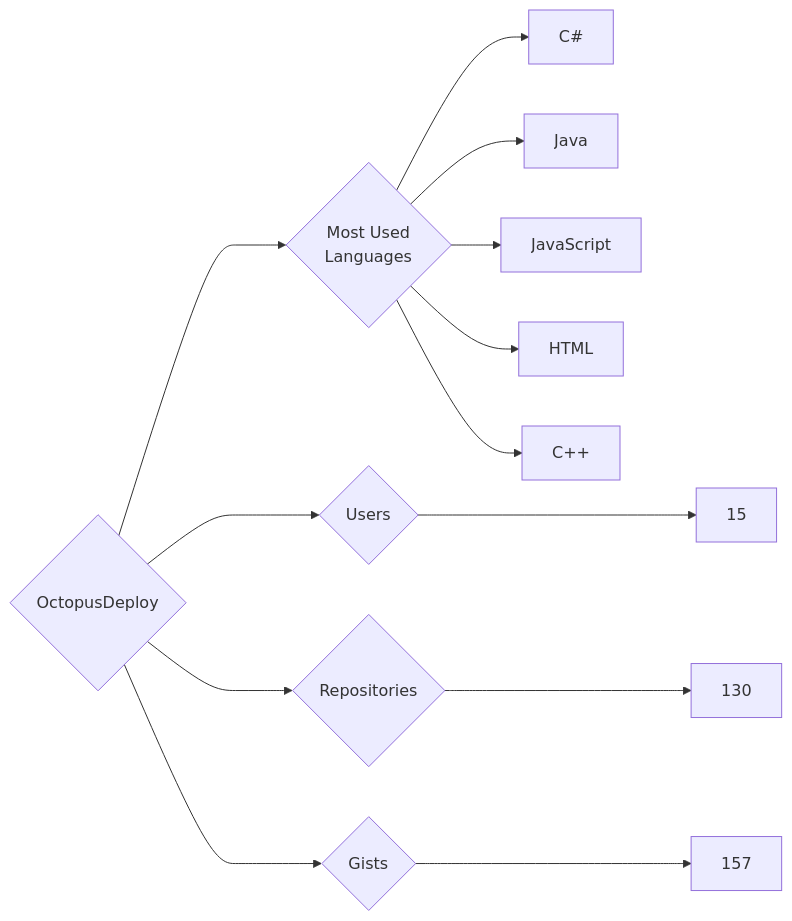
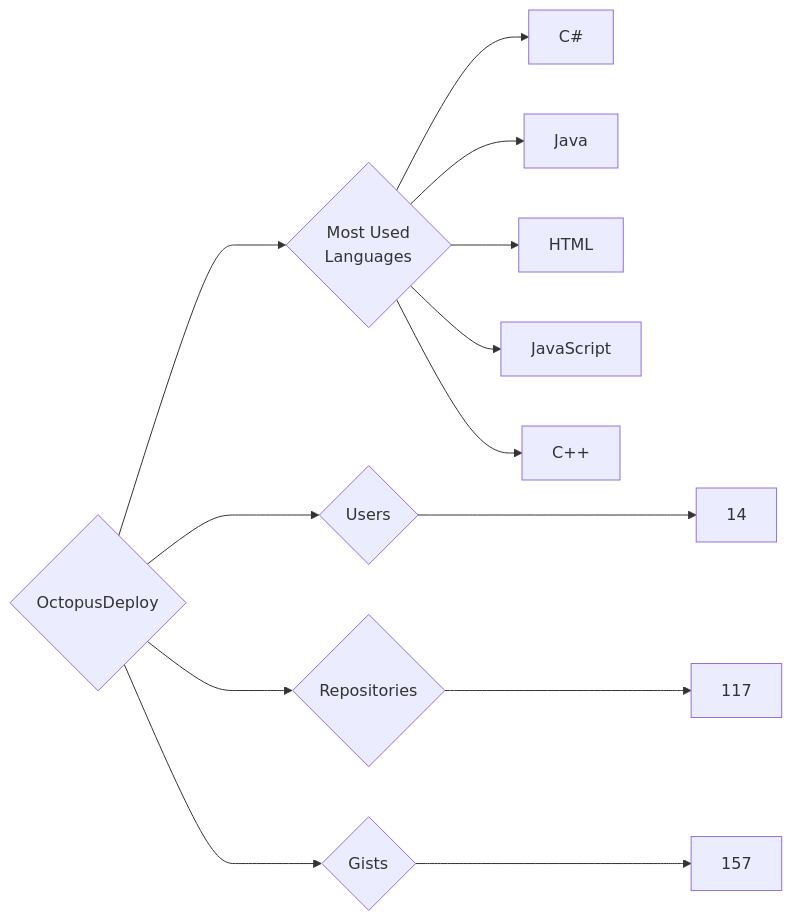
The diagram in targets/OctopusDeploy/README.md (trickest/insiders), drawn with Mermaid before and after one commit. The commit also changed 1479 other files, not shown here.

````diff
--- a/targets/OctopusDeploy/README.md
+++ b/targets/OctopusDeploy/README.md
@@ -3,13 +3,13 @@
 ```mermaid
 graph LR
 COMPANY_NAME{OctopusDeploy}
-COMPANY_NAME ---> U{Users} ---> UN[15]
-COMPANY_NAME ---> R{Repositories} ---> RN[130]
+COMPANY_NAME ---> U{Users} ---> UN[14]
+COMPANY_NAME ---> R{Repositories} ---> RN[117]
 COMPANY_NAME ---> G{Gists} ---> GN[157]
 COMPANY_NAME ---> ML{Most Used<br>Languages}
 ML --> C#[C#]
 ML --> Java[Java]
+ML --> HTML[HTML]
 ML --> JavaScript[JavaScript]
-ML --> HTML[HTML]
 ML --> C++[C++]
 ```
````
